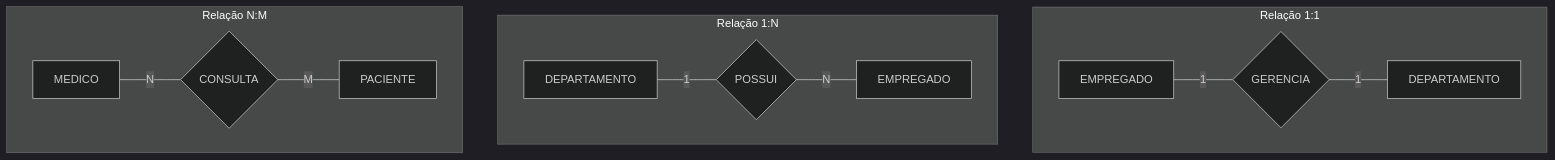
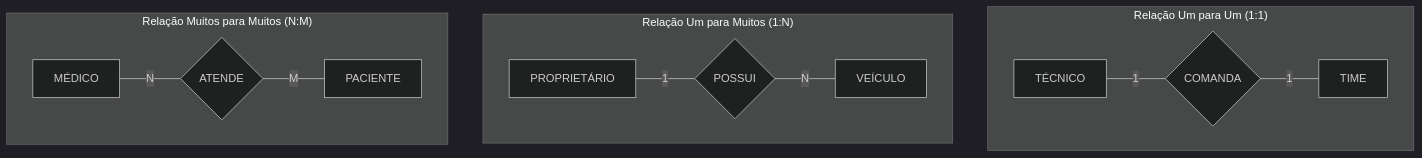
One commit to leorruas/puc changed the fourth of 8 diagrams in 02. Modelagem de Dados/06. Modelagem de relacionamentos, cardinalidade e restrições de participação.md. Above: the diagram before and after it, drawn with Mermaid (dark theme). The commit also changed other lines of this file, not shown here.

````diff
--- a/02. Modelagem de Dados/06. Modelagem de relacionamentos, cardinalidade e restrições de participação.md
+++ b/02. Modelagem de Dados/06. Modelagem de relacionamentos, cardinalidade e restrições de participação.md
@@ -135,14 +123,14 @@
 ```mermaid
 flowchart TD
-    subgraph Subgraph1Para1["Relação 1:1"]
-        E1["EMPREGADO"] ---|"1"| Rel1{"GERENCIA"} ---|"1"| D1["DEPARTAMENTO"]
+    subgraph Subgraph11["Relação Um para Um (1:1)"]
+        T1["TÉCNICO"] ---|"1"| R1{"COMANDA"} ---|"1"| TM1["TIME"]
     end
 
-    subgraph Subgraph1ParaN["Relação 1:N"]
-        Dep["DEPARTAMENTO"] ---|"1"| Rel2{"POSSUI"} ---|"N"| Emp["EMPREGADO"]
+    subgraph Subgraph1N["Relação Um para Muitos (1:N)"]
+        P1["PROPRIETÁRIO"] ---|"1"| R2{"POSSUI"} ---|"N"| V1["VEÍCULO"]
     end
 
-    subgraph SubgraphNParaM["Relação N:M"]
-        Med2["MEDICO"] ---|"N"| Rel3{"CONSULTA"} ---|"M"| Pac2["PACIENTE"]
+    subgraph SubgraphNM["Relação Muitos para Muitos (N:M)"]
+        M1["MÉDICO"] ---|"N"| R3{"ATENDE"} ---|"M"| PC1["PACIENTE"]
     end
 ```
````
